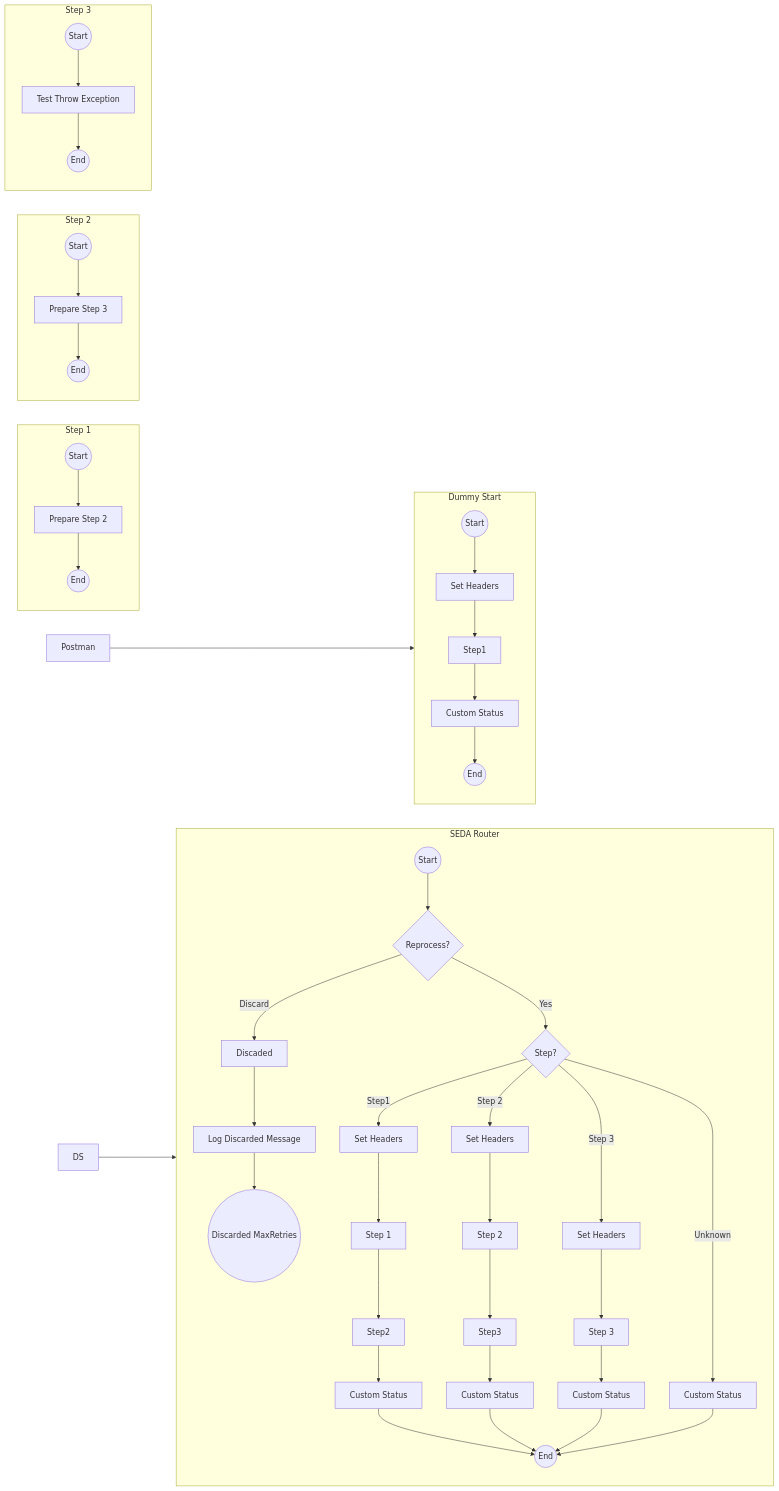
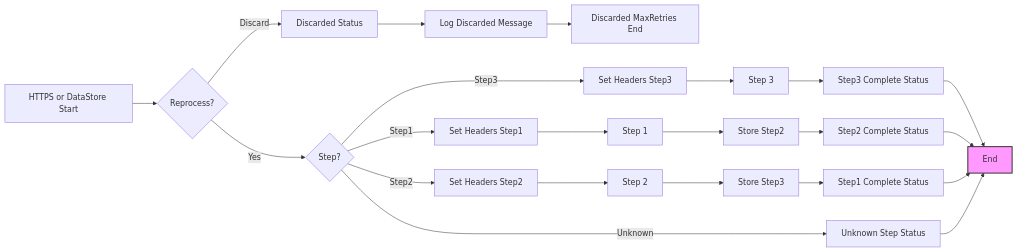
Before and after one commit to Avvale-IA-CICD/AvvaleCPI: the diagram in MMZ - Templates/SEDA_Model_-_Single_DS_-_Restart_and_Discard-1.0.0/readme.md, drawn with Mermaid. The commit also changed other lines of this file, not shown here.

Commit message:
Add/update documentation for SEDA_Model_-_Single_DS_-_Restart_and_Discard v1.0.0

````diff
--- a/MMZ - Templates/SEDA_Model_-_Single_DS_-_Restart_and_Discard-1.0.0/readme.md
+++ b/MMZ - Templates/SEDA_Model_-_Single_DS_-_Restart_and_Discard-1.0.0/readme.md
@@ -4,51 +4,25 @@
 ```mermaid
 graph LR
-    subgraph DummyStart [Dummy Start]
-        StartEvent_12079784((Start)) --> CallActivity_9054[Set Headers]
-        CallActivity_9054 --> CallActivity_12079777[Step1]
-        CallActivity_12079777 --> CallActivity_9062[Custom Status]
-        CallActivity_9062 --> EndEvent_9052((End))
-    end
-    
-    subgraph SEDARouter [SEDA Router]
-        StartEvent_2((Start)) --> ExclusiveGateway_9098{Reprocess?}
-        ExclusiveGateway_9098 -- Yes --> ExclusiveGateway_12{Step?}
-        ExclusiveGateway_9098 -- Discard --> CallActivity_9101[Discaded]
-        CallActivity_9101 --> CallActivity_12079775[Log Discarded Message]
-        CallActivity_12079775 --> EndEvent_9104((Discarded MaxRetries))
-        ExclusiveGateway_12 -- Step1 --> CallActivity_12079790[Set Headers]
-        CallActivity_12079790 --> CallActivity_15[Step 1]
-        CallActivity_15 --> CallActivity_12079780[Step2]
-        CallActivity_12079780 --> CallActivity_9071[Custom Status]
-        CallActivity_9071 --> EndEvent_2((End))
-        ExclusiveGateway_12 -- Step 2 --> CallActivity_12079792[Set Headers]
-        CallActivity_12079792 --> CallActivity_18[Step 2]
-        CallActivity_18 --> CallActivity_12079781[Step3]
-        CallActivity_12079781 --> CallActivity_9077[Custom Status]
-        CallActivity_9077 --> EndEvent_2
-        ExclusiveGateway_12 -- Step 3 --> CallActivity_12079794[Set Headers]
-        CallActivity_12079794 --> CallActivity_21[Step 3]
-        CallActivity_21 --> CallActivity_9074[Custom Status]
-        CallActivity_9074 --> EndEvent_2
-        ExclusiveGateway_12 -- Unknown --> CallActivity_20[Custom Status]
-        CallActivity_20 --> EndEvent_2
-    end
-
-    subgraph Step1Process [Step 1]
-        StartEvent_37((Start)) --> CallActivity_48[Prepare Step 2]
-        CallActivity_48 --> EndEvent_38((End))
-    end
-
-    subgraph Step2Process [Step 2]
-       StartEvent_41((Start)) --> CallActivity_54[Prepare Step 3]
-        CallActivity_54 --> EndEvent_42((End))
-    end
-    
-    subgraph Step3Process [Step 3]
-       StartEvent_45((Start)) --> CallActivity_12079788[Test Throw Exception]
-        CallActivity_12079788 --> EndEvent_46((End))
-    end
-
-    Postman[Postman] --> DummyStart
-    DS[DS] --> SEDARouter
+    A[HTTPS or DataStore Start] --> B{Reprocess?}
+    B -- Yes --> C{Step?}
+    B -- Discard --> D[Discarded Status]
+    D --> E[Log Discarded Message]
+    E --> F[Discarded MaxRetries End]
+    C -- Step1 --> G[Set Headers Step1]
+    C -- Step2 --> H[Set Headers Step2]
+    C -- Step3 --> I[Set Headers Step3]
+    C -- Unknown --> J[Unknown Step Status]
+    G --> K[Step 1]
+    H --> L[Step 2]
+    I --> M[Step 3]
+    K --> N[Store Step2]
+    L --> O[Store Step3]
+    M --> P[Step3 Complete Status]
+    N --> Q[Step2 Complete Status]
+    O --> R[Step1 Complete Status]
+    P --> S[End]
+    Q --> S
+    R --> S
+    J --> S
+    style S fill:#f9f,stroke:#333,stroke-width:2px
 ```
````
